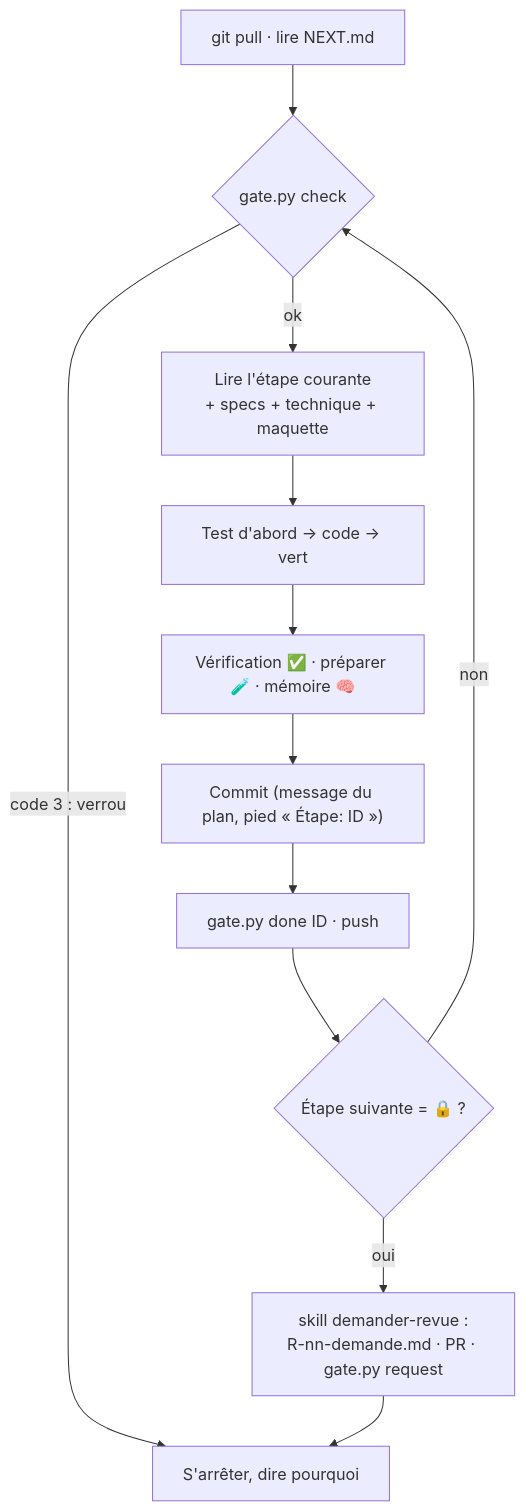
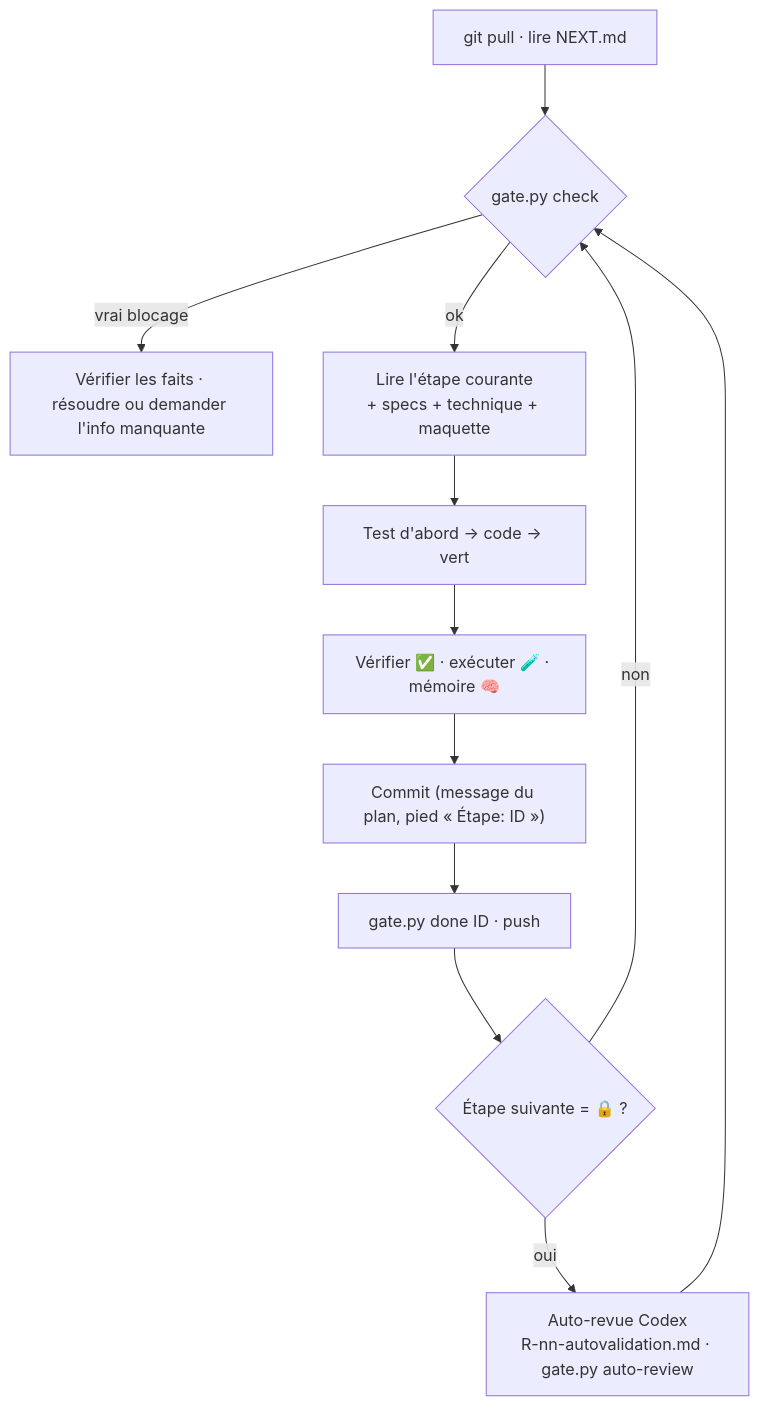
Before and after one commit to FlorianDrevet/InfraFlowSculptor: the diagram in docs/plan/README.md, drawn with Mermaid. The commit also changed other lines of this file and 25 other files, not shown here.

````diff
--- a/docs/plan/README.md
+++ b/docs/plan/README.md
@@ -71,14 +69,14 @@
 ```mermaid
 flowchart TD
   A["git pull · lire NEXT.md"] --> B{"gate.py check"}
-  B -- "code 3 : verrou" --> Z["S'arrêter, dire pourquoi"]
+  B -- "vrai blocage" --> Z["Vérifier les faits · résoudre ou demander l'info manquante"]
   B -- ok --> C["Lire l'étape courante<br/>+ specs + technique + maquette"]
   C --> D["Test d'abord → code → vert"]
-  D --> E["Vérification ✅ · préparer 🧪 · mémoire 🧠"]
+  D --> E["Vérifier ✅ · exécuter 🧪 · mémoire 🧠"]
   E --> F["Commit (message du plan, pied « Étape: ID »)"]
   F --> G["gate.py done ID · push"]
   G --> H{"Étape suivante = 🔒 ?"}
   H -- non --> B
-  H -- oui --> I["skill demander-revue :<br/>R-nn-demande.md · PR · gate.py request"]
-  I --> Z
+  H -- oui --> I["Auto-revue Codex<br/>R-nn-autovalidation.md · gate.py auto-review"]
+  I --> B
 ```
````
